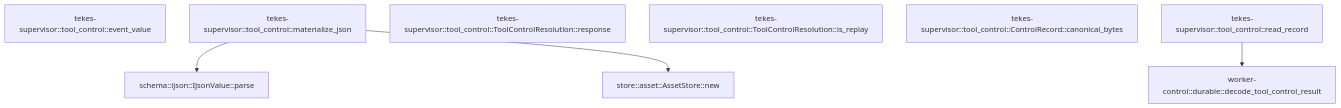
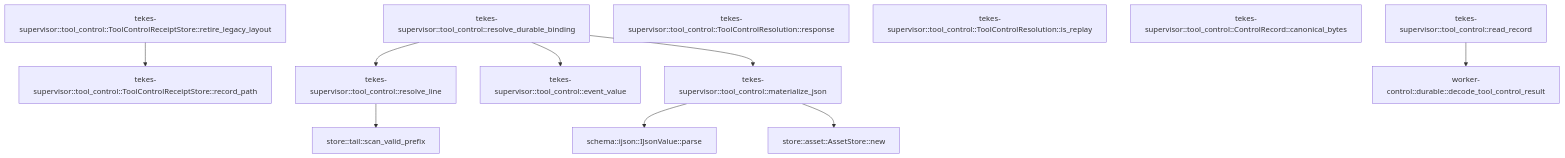
One commit to TekesApps/TekesKernel changed the second of 2 diagrams in crates/supervisor/docs/generated/src--tool_control.md. Above: the diagram before and after it, drawn with Mermaid. The commit also changed other lines of this file and 69 other files, not shown here.

Commit message:
fix(store,worker,tools,supervisor): enforce dedup sync barriers and dynamic MCP crash recovery (#158, #159)

````diff
--- a/crates/supervisor/docs/generated/src--tool_control.md
+++ b/crates/supervisor/docs/generated/src--tool_control.md
@@ -180,15 +179,25 @@
 ```mermaid
 flowchart TD
   n0["schema::ijson::IJsonValue::parse"]
   n1["store::asset::AssetStore::new"]
-  n2["tekes-supervisor::tool_control::event_value"]
-  n3["tekes-supervisor::tool_control::materialize_json"]
-  n4["tekes-supervisor::tool_control::ToolControlResolution::response"]
-  n5["tekes-supervisor::tool_control::ToolControlResolution::is_replay"]
-  n6["tekes-supervisor::tool_control::ControlRecord::canonical_bytes"]
-  n7["tekes-supervisor::tool_control::read_record"]
-  n8["worker-control::durable::decode_tool_control_result"]
-  n3 --> n0
-  n3 --> n1
-  n7 --> n8
+  n2["store::tail::scan_valid_prefix"]
+  n3["tekes-supervisor::tool_control::ToolControlReceiptStore::record_path"]
+  n4["tekes-supervisor::tool_control::ToolControlReceiptStore::retire_legacy_layout"]
+  n5["tekes-supervisor::tool_control::resolve_durable_binding"]
+  n6["tekes-supervisor::tool_control::resolve_line"]
+  n7["tekes-supervisor::tool_control::event_value"]
+  n8["tekes-supervisor::tool_control::materialize_json"]
+  n9["tekes-supervisor::tool_control::ToolControlResolution::response"]
+  n10["tekes-supervisor::tool_control::ToolControlResolution::is_replay"]
+  n11["tekes-supervisor::tool_control::ControlRecord::canonical_bytes"]
+  n12["tekes-supervisor::tool_control::read_record"]
+  n13["worker-control::durable::decode_tool_control_result"]
+  n4 --> n3
+  n5 --> n6
+  n5 --> n7
+  n5 --> n8
+  n6 --> n2
+  n8 --> n0
+  n8 --> n1
+  n12 --> n13
 ```
````
